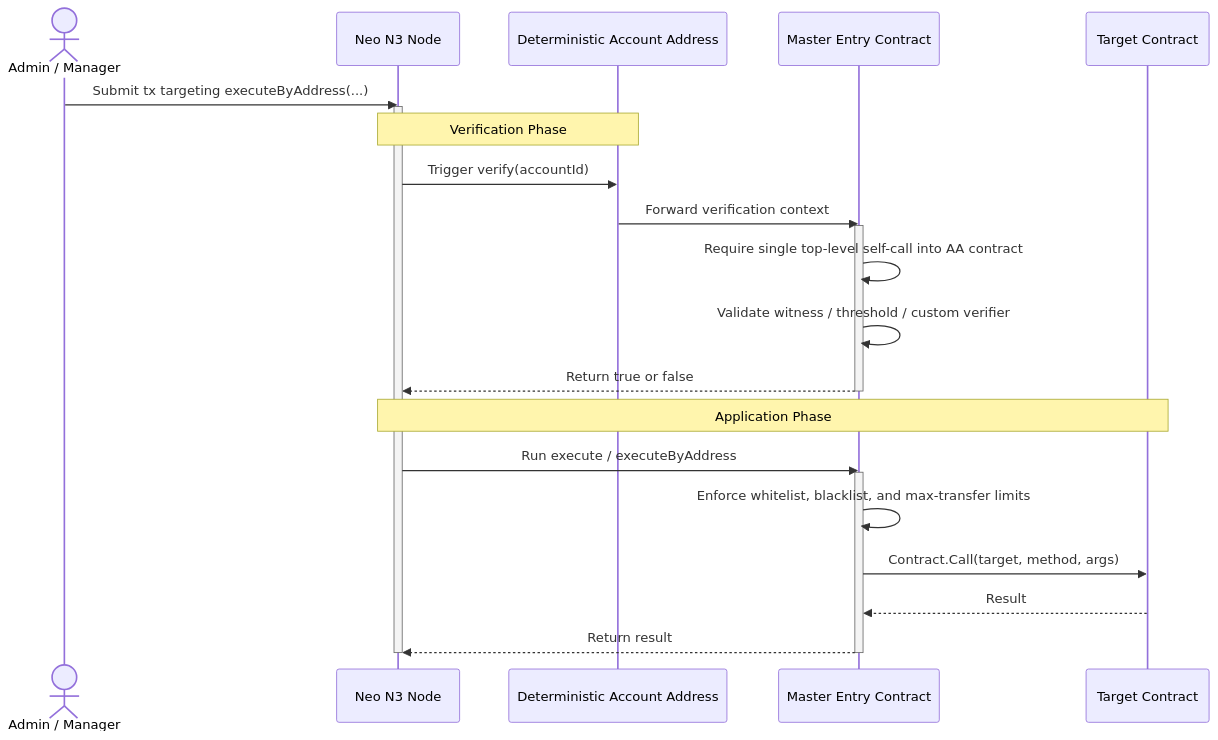
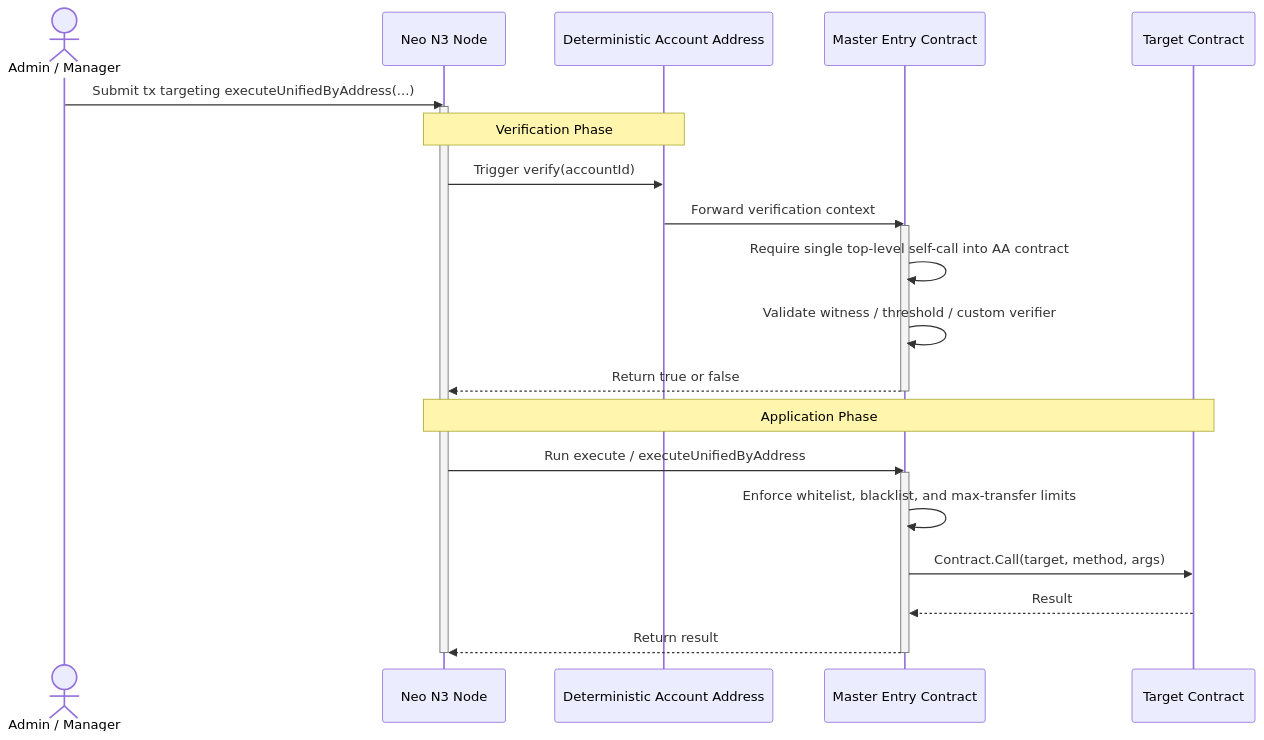
One commit to r3e-network/neo-abstract-account changed the third of 4 diagrams in docs/WORKFLOWS.md. Above: the diagram before and after it, drawn with Mermaid. The commit also changed other lines of this file and 71 other files, not shown here.

````diff
--- a/docs/WORKFLOWS.md
+++ b/docs/WORKFLOWS.md
@@ -78,30 +78,30 @@
 ```mermaid
 sequenceDiagram
     actor Signer as Admin / Manager
     participant Node as Neo N3 Node
     participant Proxy as Deterministic Account Address
     participant Master as Master Entry Contract
     participant Target as Target Contract
 
-    Signer->>Node: Submit tx targeting executeByAddress(...)
+    Signer->>Node: Submit tx targeting executeUnifiedByAddress(...)
     activate Node
 
     Note over Node,Proxy: Verification Phase
     Node->>Proxy: Trigger verify(accountId)
     Proxy->>Master: Forward verification context
     activate Master
     Master->>Master: Require single top-level self-call into AA contract
     Master->>Master: Validate witness / threshold / custom verifier
     Master-->>Node: Return true or false
     deactivate Master
 
     Note over Node,Target: Application Phase
-    Node->>Master: Run execute / executeByAddress
+    Node->>Master: Run execute / executeUnifiedByAddress
     activate Master
     Master->>Master: Enforce whitelist, blacklist, and max-transfer limits
     Master->>Target: Contract.Call(target, method, args)
     Target-->>Master: Result
     Master-->>Node: Return result
     deactivate Master
     deactivate Node
 ```
````
